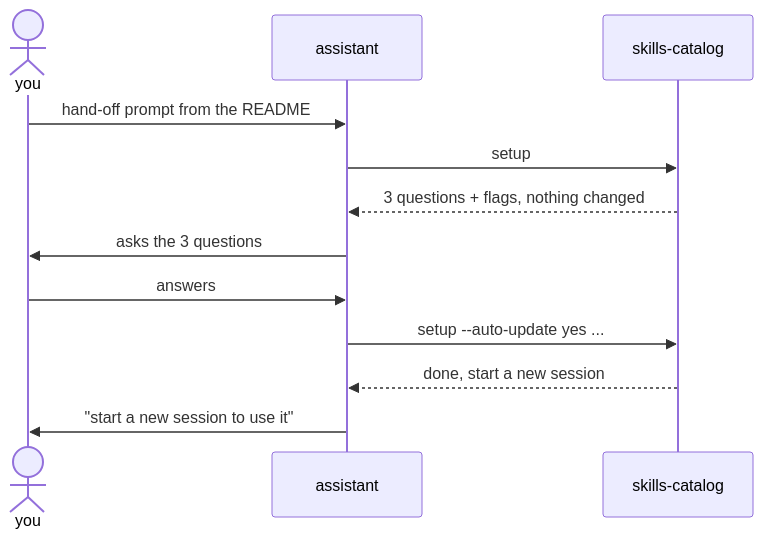
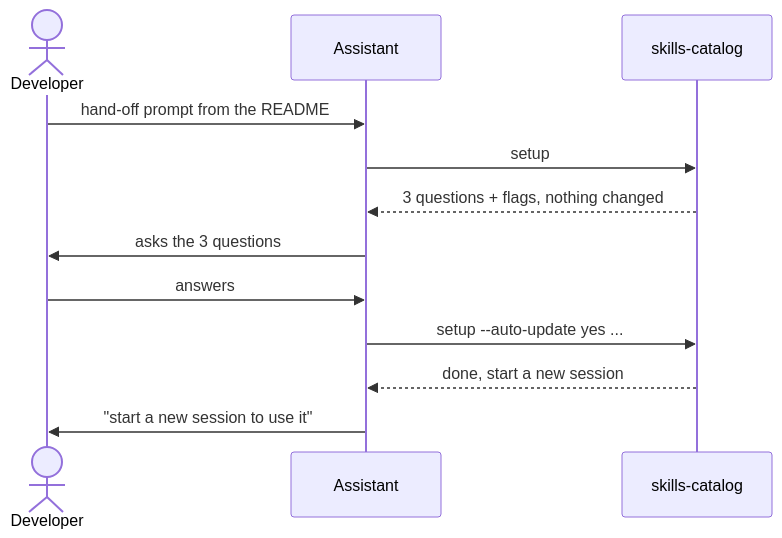
The third of 3 diagrams in docs/agent-experience.md (nandr-web/skills-catalog), drawn with Mermaid before and after one commit. The commit also changed other lines of this file, not shown here.

````diff
--- a/docs/agent-experience.md
+++ b/docs/agent-experience.md
@@ -130,14 +175,14 @@
 ```mermaid
 sequenceDiagram
-    actor P as you
-    participant A as assistant
+    actor P as Developer
+    participant A as Assistant
     participant S as skills-catalog
     P->>A: hand-off prompt from the README
     A->>S: setup
     S-->>A: 3 questions + flags, nothing changed
     A->>P: asks the 3 questions
     P->>A: answers
     A->>S: setup --auto-update yes ...
     S-->>A: done, start a new session
     A->>P: "start a new session to use it"
 ```
````
